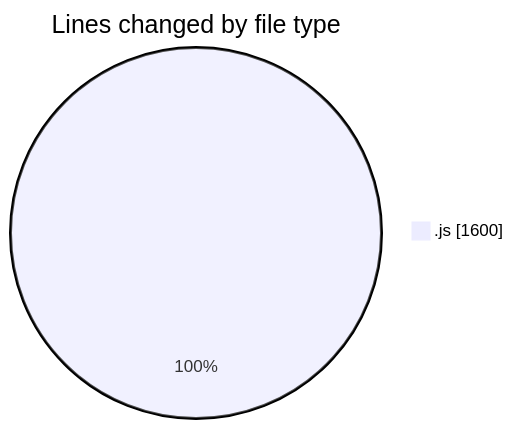
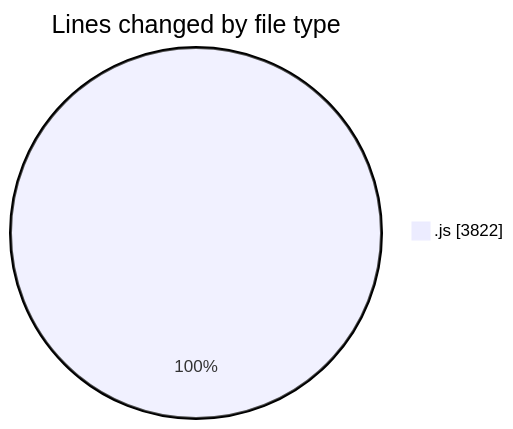
One commit to nxtqubesakshisongat/code-tracking changed the first of 2 diagrams in 2025-12-09/nxtqube_webapp/README.md. Above: the diagram before and after it, drawn with Mermaid. The commit also changed other lines of this file and 1 other file, not shown here.

````diff
--- a/2025-12-09/nxtqube_webapp/README.md
+++ b/2025-12-09/nxtqube_webapp/README.md
@@ -20,5 +20,5 @@
 ```mermaid
 pie showData
 title Lines changed by file type
-".js" : 1600
+".js" : 3822
 ```
````
